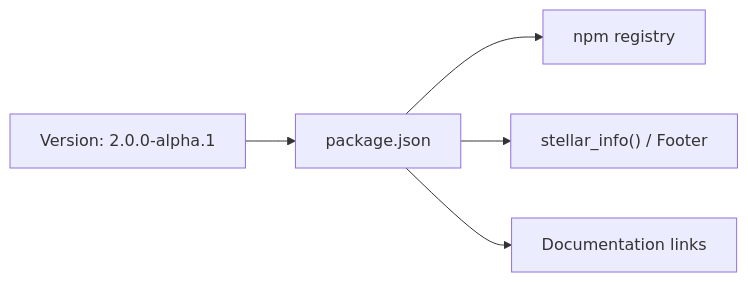
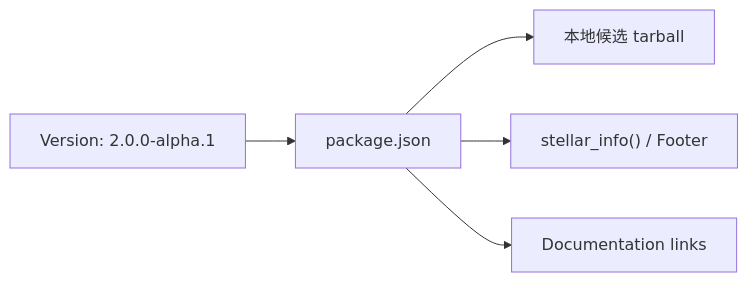
One commit to xaoxuu/hexo-theme-stellar changed the fifth of 5 diagrams in docs/knowledge/00-总览与安装配置/installation.md. Above: the diagram before and after it, drawn with Mermaid. The commit also changed other lines of this file and 43 other files, not shown here.

````diff
--- a/docs/knowledge/00-总览与安装配置/installation.md
+++ b/docs/knowledge/00-总览与安装配置/installation.md
@@ -380,10 +380,10 @@
 ```mermaid
 graph LR
     VER["Version: 2.0.0-alpha.1"]
     
     PKG["package.json"]
     VER --> PKG
-    PKG --> NPM["npm registry"]
+    PKG --> CANDIDATE["本地候选 tarball"]
     PKG --> FOOTER["stellar_info() / Footer"]
     PKG --> DOCS["Documentation links"]
 ```
````
